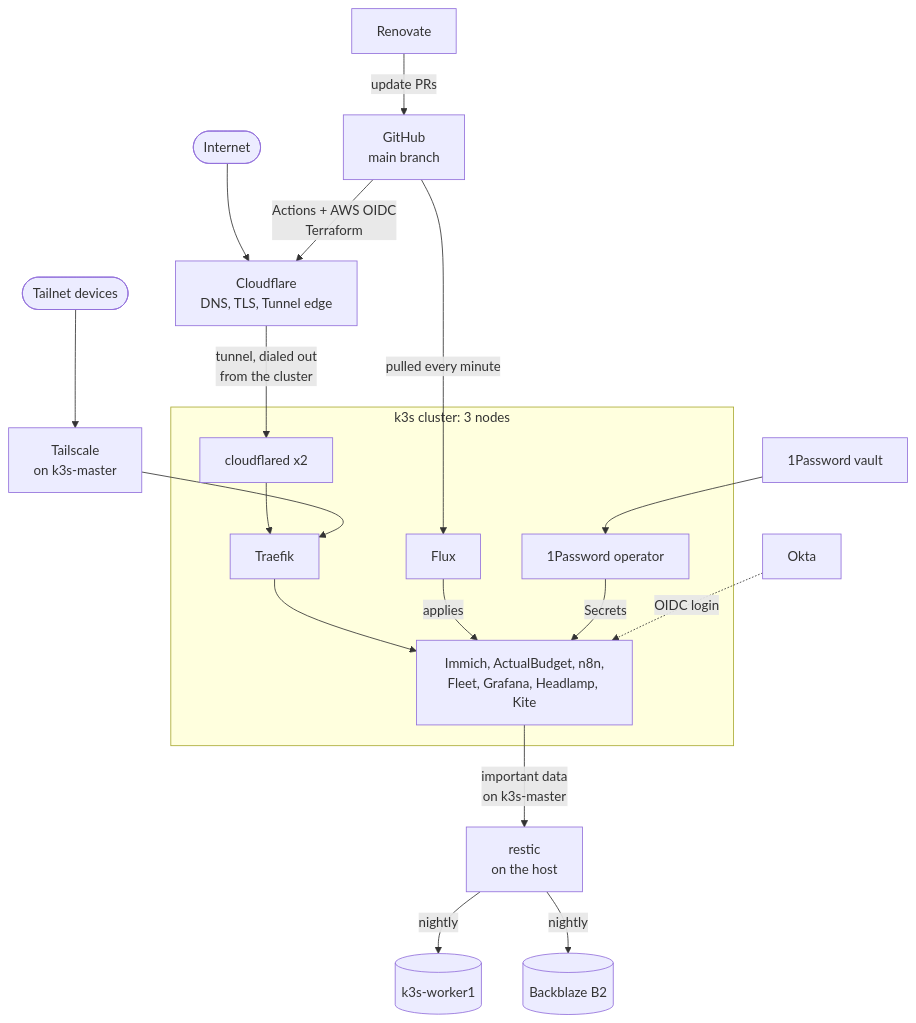
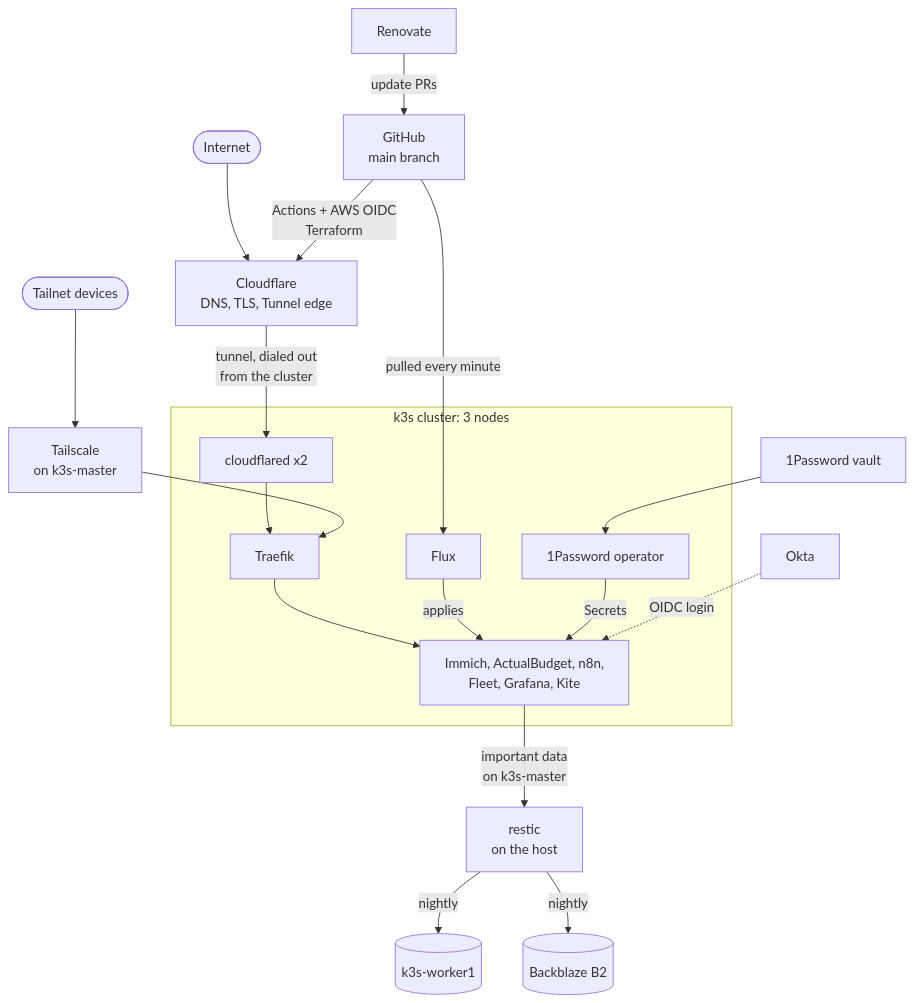
Before and after one commit to yuandrk/homelabops: the diagram in README.md, drawn with Mermaid. The commit also changed other lines of this file and 22 other files, not shown here.

````diff
--- a/README.md
+++ b/README.md
@@ -29,24 +29,24 @@
 ```mermaid
 flowchart TB
     internet(["Internet"]) --> cf["Cloudflare<br/>DNS, TLS, Tunnel edge"]
     tailnet(["Tailnet devices"]) --> ts["Tailscale<br/>on k3s-master"]
     renovate["Renovate"] -->|"update PRs"| repo["GitHub<br/>main branch"]
     repo -->|"Actions + AWS OIDC<br/>Terraform"| cf
 
     subgraph cluster["k3s cluster: 3 nodes"]
         cfd["cloudflared x2"] --> traefik["Traefik"]
-        traefik --> apps["Immich, ActualBudget, n8n,<br/>Fleet, Grafana, Headlamp, Kite"]
+        traefik --> apps["Immich, ActualBudget, n8n,<br/>Fleet, Grafana, Kite"]
         flux["Flux"] -->|"applies"| apps
         operator["1Password operator"] -->|"Secrets"| apps
     end
 
     cf -->|"tunnel, dialed out<br/>from the cluster"| cfd
     ts --> traefik
     repo -->|"pulled every minute"| flux
     vault["1Password vault"] --> operator
     okta["Okta"] -.->|"OIDC login"| apps
 
     apps -->|"important data<br/>on k3s-master"| restic["restic<br/>on the host"]
     restic -->|"nightly"| local[("k3s-worker1")]
     restic -->|"nightly"| b2[("Backblaze B2")]
 ```
````
